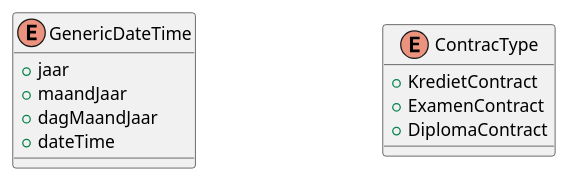
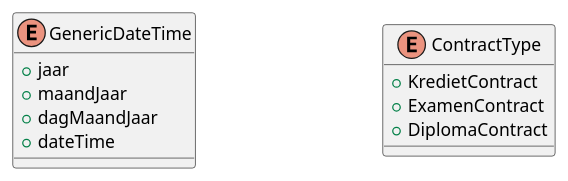
Before and after one commit to Informatievlaanderen/OSLOthema-Leerinschrijfcredential: the diagram in resources/plantuml/enumeration_datatype.puml, drawn with PlantUML. The commit also changed 1 other file, not shown here.

```diff
--- a/resources/plantuml/enumeration_datatype.puml
+++ b/resources/plantuml/enumeration_datatype.puml
@@ -2,21 +2,21 @@
 @startuml
 skinparam nodesep 150
 skinparam linetype ortho
 allowmixing
 
 
 enum GenericDateTime{
     + jaar  
     + maandJaar
     + dagMaandJaar
     + dateTime
 }
-enum ContracType {
+enum ContractType {
     + KredietContract
     + ExamenContract
     + DiplomaContract
 }
 
 
 
 @enduml
```
